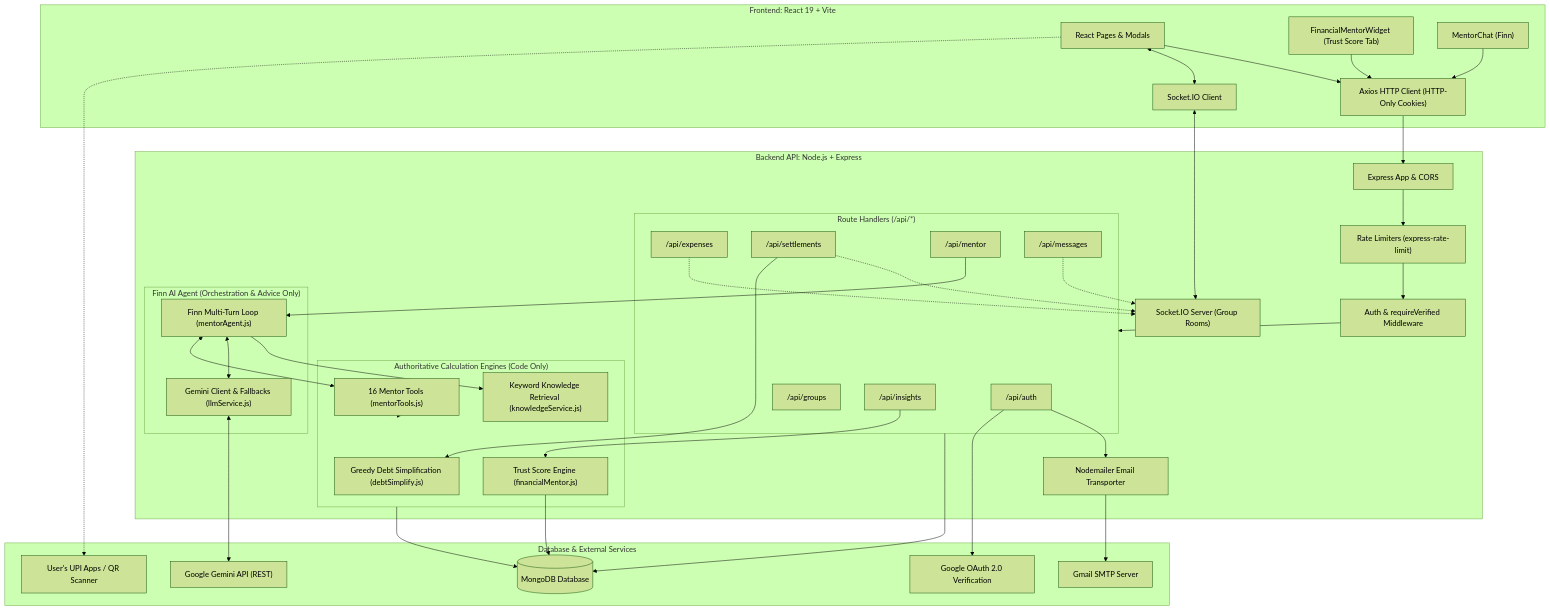
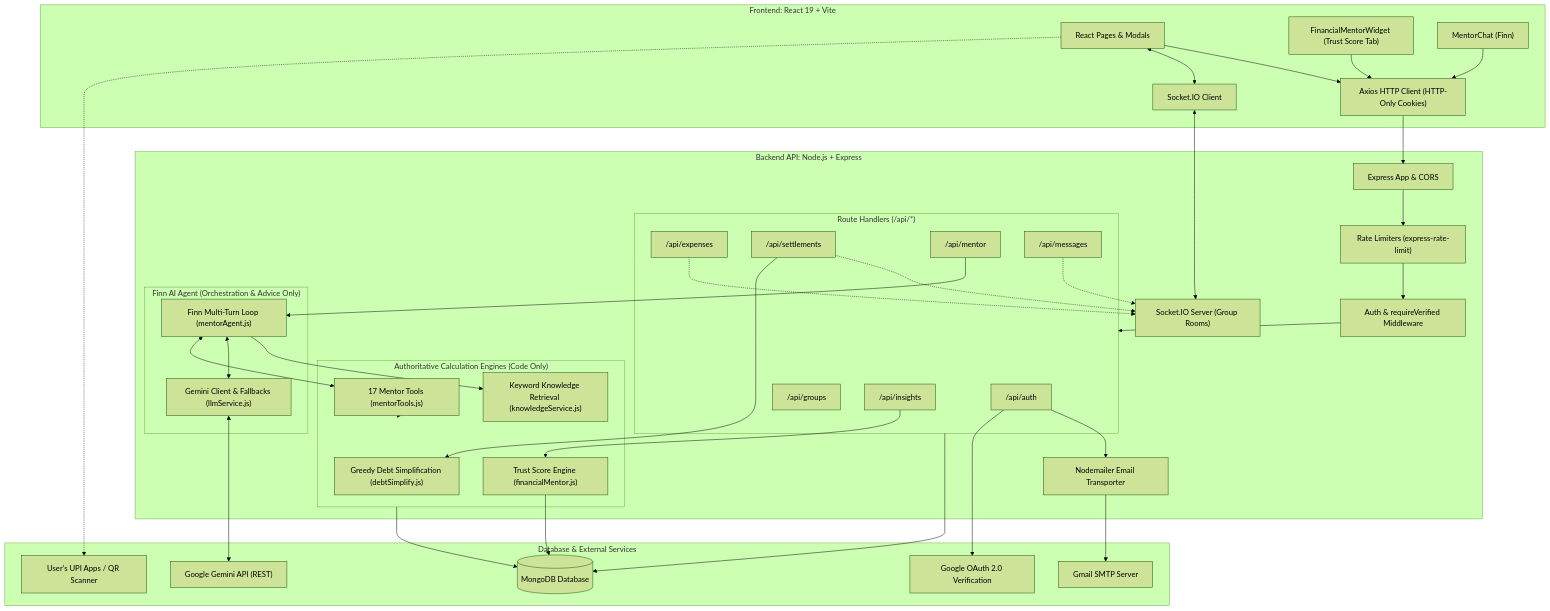
Before and after one commit to mikumaraditya/settl: the diagram in README.md, drawn with Mermaid (forest theme). The commit also changed other lines of this file, not shown here.

Commit message:
Document Finn individual expense details tool

```diff
--- a/README.md
+++ b/README.md
@@ -129,7 +129,7 @@
             DebtEngine["Greedy Debt Simplification (debtSimplify.js)"]
             ScoringEngine["Trust Score Engine (financialMentor.js)"]
             KnowledgeEngine["Keyword Knowledge Retrieval (knowledgeService.js)"]
-            ToolRegistry["16 Mentor Tools (mentorTools.js)"]
+            ToolRegistry["17 Mentor Tools (mentorTools.js)"]
         end
 
         subgraph AgentLayer["Finn AI Agent (Orchestration & Advice Only)"]
```
